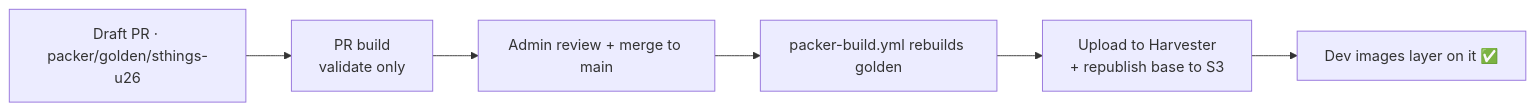
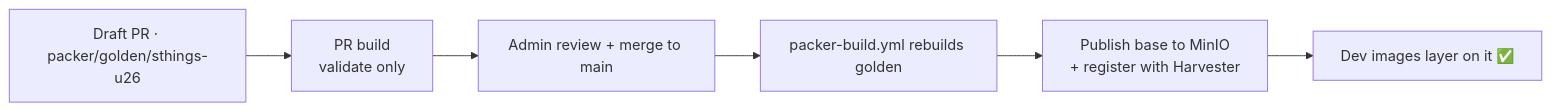
The second of 2 diagrams in templates/harvester-packer-devimage/showcase/slides.md (stuttgart-things/backstage-resources), drawn with Mermaid before and after one commit. The commit also changed other lines of this file and 5 other files, not shown here.

First line of the commit message:
fix(harvester-packer): keep the golden checksum, stop leaking merge inputs, describe publish + register (#57)

````diff
--- a/templates/harvester-packer-devimage/showcase/slides.md
+++ b/templates/harvester-packer-devimage/showcase/slides.md
@@ -242,8 +244,8 @@
 ```mermaid {scale: 0.7}
 flowchart LR
     A[Draft PR · packer/golden/sthings-u26] --> B[PR build<br/>validate only]
     B --> C[Admin review + merge to main]
     C --> D[packer-build.yml rebuilds golden]
-    D --> E[Upload to Harvester<br/>+ republish base to S3]
+    D --> E[Publish base to MinIO<br/>+ register with Harvester]
     E --> F[Dev images layer on it ✅]
 ```
````
